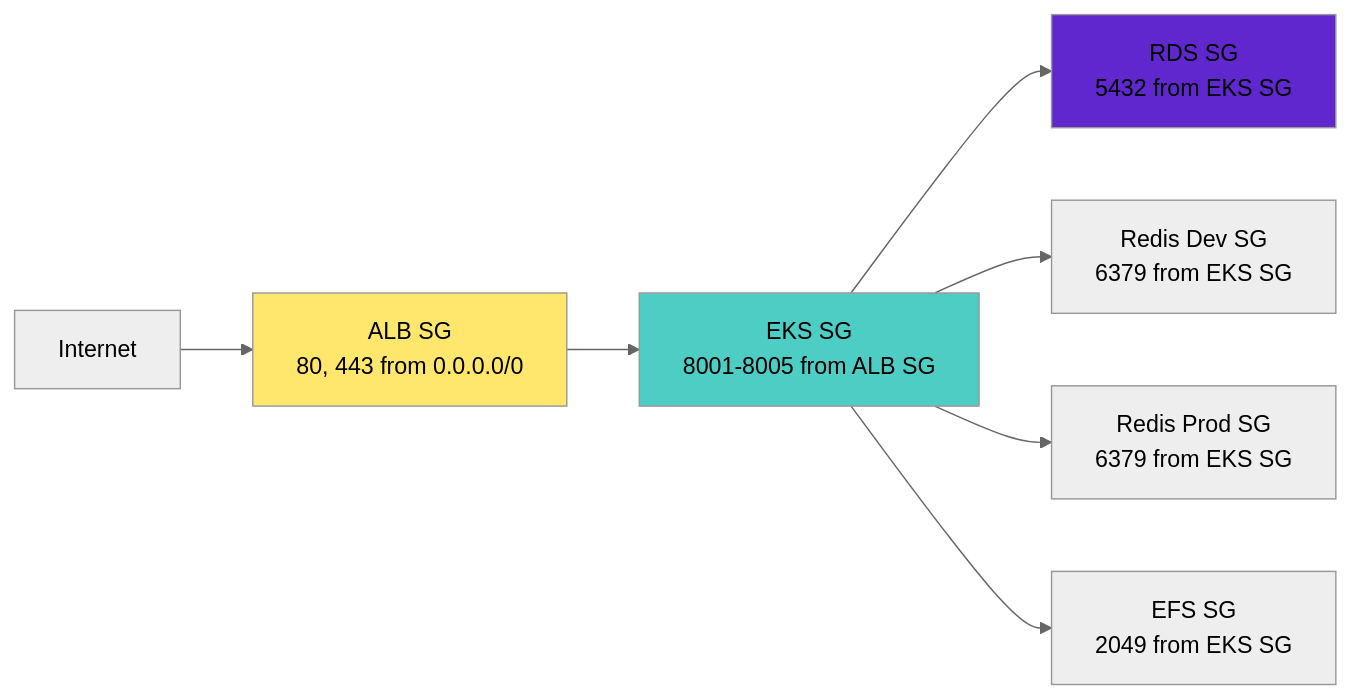
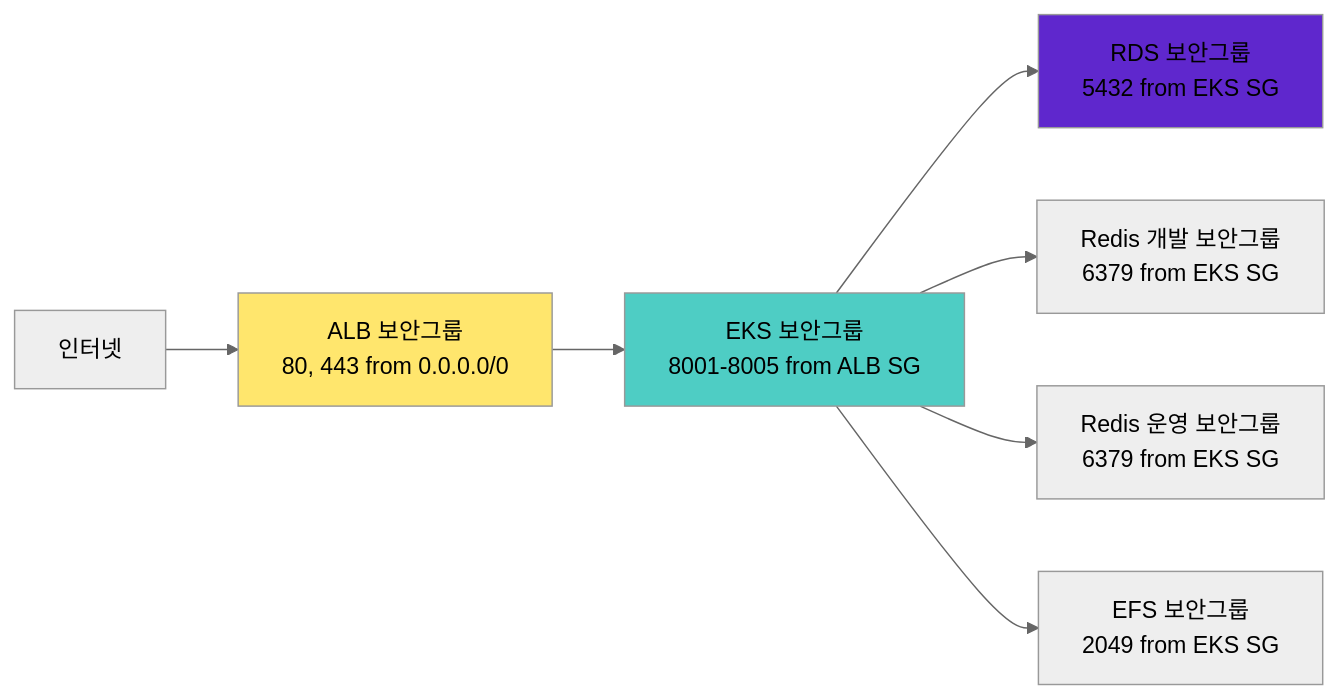
Before and after one commit to Pinksea-AI/InvokeAI: the third of 15 diagrams in docs/final-architecture/01-aws-architecture-diagram.md, drawn with Mermaid (neutral theme). The commit also changed other lines of this file, not shown here.

First line of the commit message:
docs: AWS 아키텍처 다이어그램 문서를 한글로 번역

````diff
--- a/docs/final-architecture/01-aws-architecture-diagram.md
+++ b/docs/final-architecture/01-aws-architecture-diagram.md
@@ -143,13 +143,13 @@
 ```mermaid
 graph LR
-    Internet[Internet] --> ALBSG[ALB SG<br/>80, 443 from 0.0.0.0/0]
-    ALBSG --> EKSSG[EKS SG<br/>8001-8005 from ALB SG]
-    EKSSG --> RDSSG[RDS SG<br/>5432 from EKS SG]
-    EKSSG --> RedisDevSG[Redis Dev SG<br/>6379 from EKS SG]
-    EKSSG --> RedisProdSG[Redis Prod SG<br/>6379 from EKS SG]
-    EKSSG --> EFSSG[EFS SG<br/>2049 from EKS SG]
+    Internet[인터넷] --> ALBSG[ALB 보안그룹<br/>80, 443 from 0.0.0.0/0]
+    ALBSG --> EKSSG[EKS 보안그룹<br/>8001-8005 from ALB SG]
+    EKSSG --> RDSSG[RDS 보안그룹<br/>5432 from EKS SG]
+    EKSSG --> RedisDevSG[Redis 개발 보안그룹<br/>6379 from EKS SG]
+    EKSSG --> RedisProdSG[Redis 운영 보안그룹<br/>6379 from EKS SG]
+    EKSSG --> EFSSG[EFS 보안그룹<br/>2049 from EKS SG]
 
     style ALBSG fill:#FFE66D
     style EKSSG fill:#4ECDC4
     style RDSSG fill:#5F27CD
 ```
````
